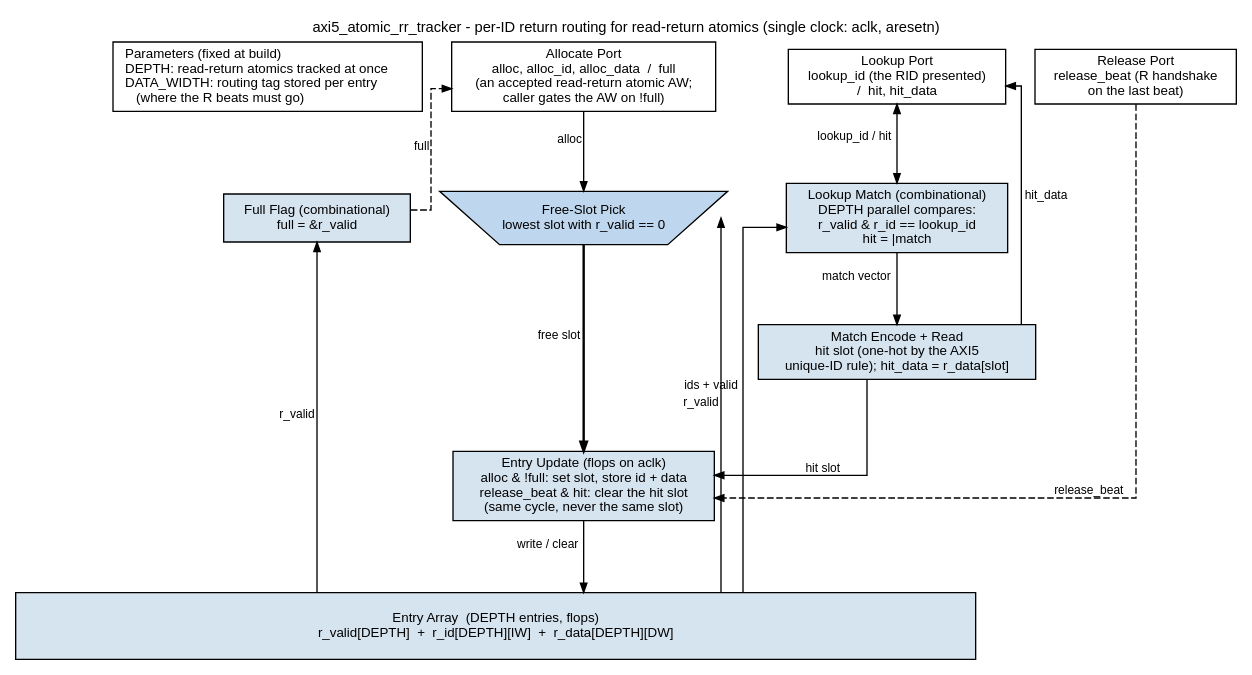
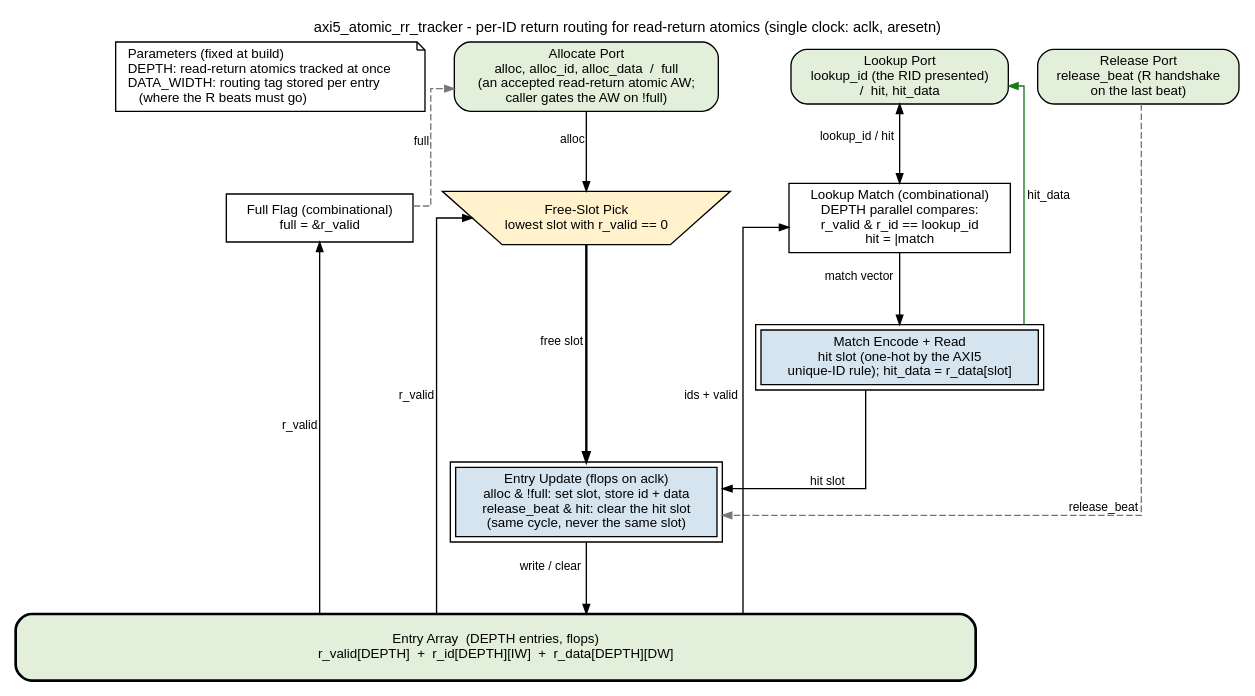
Before and after one commit to sean-galloway/RTLDesignSherpa: the diagram in docs/markdown/assets/rtl-amba/graphviz/axi5_atomic_rr_tracker.dot, drawn with Graphviz. The commit also changed 1165 other files, not shown here.

First line of the commit message:
docs: every block diagram converted to the element key v3 (641 rendered)

```diff
--- a/docs/markdown/assets/rtl-amba/graphviz/axi5_atomic_rr_tracker.dot
+++ b/docs/markdown/assets/rtl-amba/graphviz/axi5_atomic_rr_tracker.dot
@@ -1,54 +1,54 @@
 // axi5_atomic_rr_tracker block diagram - house style (vault/handbook/authoring/block-diagrams.md).
 // A small CAM, laid out like the approved rtl-common cam_tag: three request flows, one column
 // and one white port each (allocate, lookup, release), over the entry array bar. Allocation
 // takes the lowest free slot (a genuine many-to-one pick: the trapezium). Lookup compares the
 // presented RID against every live entry; live IDs are unique by the AXI5 atomic rule, so the
 // match is at most one-hot and its encode is a plain box, not a pick.
 // No protocol state machine: a valid vector, two arrays and two priority encodes.
 // Source of truth: rtl/amba/axi5/axi5_atomic_rr_tracker.sv.
 digraph axi5_atomic_rr_tracker {
     graph [rankdir=TB, bgcolor="white", fontname="Helvetica", fontsize=11,
            nodesep="0.30", ranksep="0.75", splines=ortho, newrank=true,
            labelloc=t, labeljust=c];
     node  [fontname="Helvetica", fontsize=10, shape=box, style=filled,
-           fillcolor="#D6E4F0", color="black", margin="0.12,0.06"];
+           fillcolor="white", color="black", margin="0.12,0.06"];
     edge  [fontname="Helvetica", fontsize=9, color="black", arrowsize=0.7];
     label="axi5_atomic_rr_tracker - per-ID return routing for read-return atomics (single clock: aclk, aresetn)";
 
-    prm    [label="Parameters (fixed at build)\lDEPTH: read-return atomics tracked at once\lDATA_WIDTH: routing tag stored per entry\l    (where the R beats must go)\l", fillcolor="white"];
-    al_in  [group=A, label="Allocate Port\nalloc, alloc_id, alloc_data  /  full\n(an accepted read-return atomic AW;\ncaller gates the AW on !full)", fillcolor="white"];
-    lk_in  [group=C, label="Lookup Port\nlookup_id (the RID presented)\n/  hit, hit_data", fillcolor="white"];
-    rl_in  [group=R, label="Release Port\nrelease_beat (R handshake\non the last beat)", fillcolor="white"];
+    prm    [label="Parameters (fixed at build)\lDEPTH: read-return atomics tracked at once\lDATA_WIDTH: routing tag stored per entry\l    (where the R beats must go)\l", fillcolor="white", shape=note];
+    al_in  [group=A, label="Allocate Port\nalloc, alloc_id, alloc_data  /  full\n(an accepted read-return atomic AW;\ncaller gates the AW on !full)", fillcolor="white", style="rounded,filled", fillcolor="#E2EFDA"];
+    lk_in  [group=C, label="Lookup Port\nlookup_id (the RID presented)\n/  hit, hit_data", fillcolor="white", style="rounded,filled", fillcolor="#E2EFDA"];
+    rl_in  [group=R, label="Release Port\nrelease_beat (R handshake\non the last beat)", fillcolor="white", style="rounded,filled", fillcolor="#E2EFDA"];
 
     free   [group=A, label="Free-Slot Pick\nlowest slot with r_valid == 0",
-            shape=invtrapezium, width=3.0, height=0.55, fixedsize=true, fillcolor="#BFD7EE"];
-    full   [group=F, label="Full Flag (combinational)\nfull = &r_valid"];
-    match  [group=C, label="Lookup Match (combinational)\nDEPTH parallel compares:\nr_valid & r_id == lookup_id\nhit = |match"];
-    enc    [group=C, label="Match Encode + Read\nhit slot (one-hot by the AXI5\nunique-ID rule); hit_data = r_data[slot]"];
-    upd    [group=A, label="Entry Update (flops on aclk)\nalloc & !full: set slot, store id + data\nrelease_beat & hit: clear the hit slot\n(same cycle, never the same slot)"];
+            shape=invtrapezium, width=3.0, height=0.55, fixedsize=true, fillcolor="#BFD7EE", style="filled", fillcolor="#FFF2CC"];
+    full   [group=F, label="Full Flag (combinational)\nfull = &r_valid", style="filled", fillcolor="white"];
+    match  [group=C, label="Lookup Match (combinational)\nDEPTH parallel compares:\nr_valid & r_id == lookup_id\nhit = |match", style="filled", fillcolor="white"];
+    enc    [group=C, label="Match Encode + Read\nhit slot (one-hot by the AXI5\nunique-ID rule); hit_data = r_data[slot]", peripheries=2, style="filled", fillcolor="#D6E4F0"];
+    upd    [group=A, label="Entry Update (flops on aclk)\nalloc & !full: set slot, store id + data\nrelease_beat & hit: clear the hit slot\n(same cycle, never the same slot)", peripheries=2, style="filled", fillcolor="#D6E4F0"];
 
     arr    [label="Entry Array  (DEPTH entries, flops)\nr_valid[DEPTH]  +  r_id[DEPTH][IW]  +  r_data[DEPTH][DW]",
-            width=10.0, height=0.7];
+            width=10.0, height=0.7, style="rounded,filled,bold", fillcolor="#E2EFDA"];
 
     // allocate: down the left column
     al_in -> free  [xlabel="alloc"];
     free  -> upd   [penwidth=1.8, xlabel="free slot"];
     upd   -> arr   [xlabel="write / clear"];
     // lookup: the center column reads the array straight up, answers its port
     match -> arr   [dir=back, xlabel="ids + valid"];
     lk_in -> match [dir=both, xlabel="lookup_id / hit"];
     match -> enc   [xlabel="match vector"];
-    enc   -> lk_in [constraint=false, xlabel="hit_data"];
+    enc   -> lk_in [color="#1A7A1A", constraint=false, xlabel="hit_data"];
     // release: needs the hit slot from the lookup
-    rl_in -> upd   [style=dashed, constraint=false, xlabel="release_beat"];
+    rl_in -> upd   [style=dashed, color="#777777", constraint=false, xlabel="release_beat"];
     enc   -> upd   [xlabel="hit slot"];
     // occupancy
     free  -> arr   [dir=back, xlabel="r_valid"];
     full  -> arr   [dir=back, xlabel="r_valid"];
-    full  -> al_in [style=dashed, constraint=false, xlabel="full"];
+    full  -> al_in [style=dashed, color="#777777", constraint=false, xlabel="full"];
 
     { rank=same; prm; al_in; lk_in; rl_in; }
     prm -> al_in [style=invis]; al_in -> lk_in [style=invis]; lk_in -> rl_in [style=invis];
     { rank=same; full; free; match; }
     full -> free [style=invis]; free -> match [style=invis, minlen=2];
 }
```
